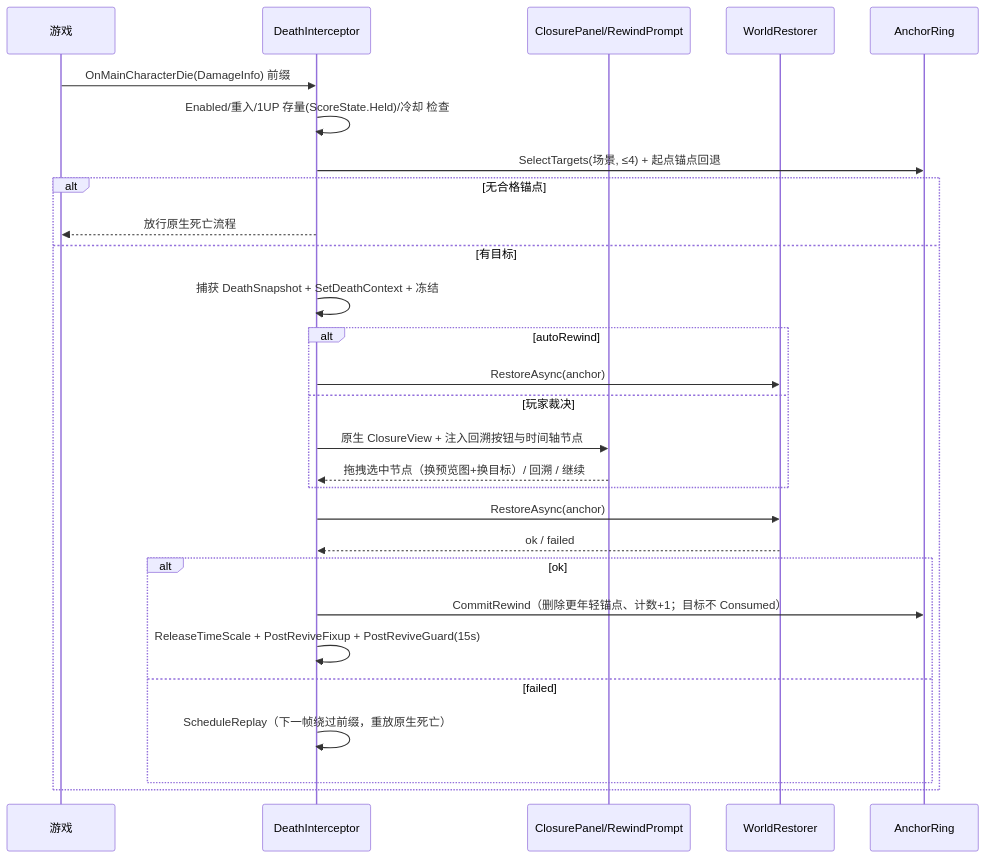
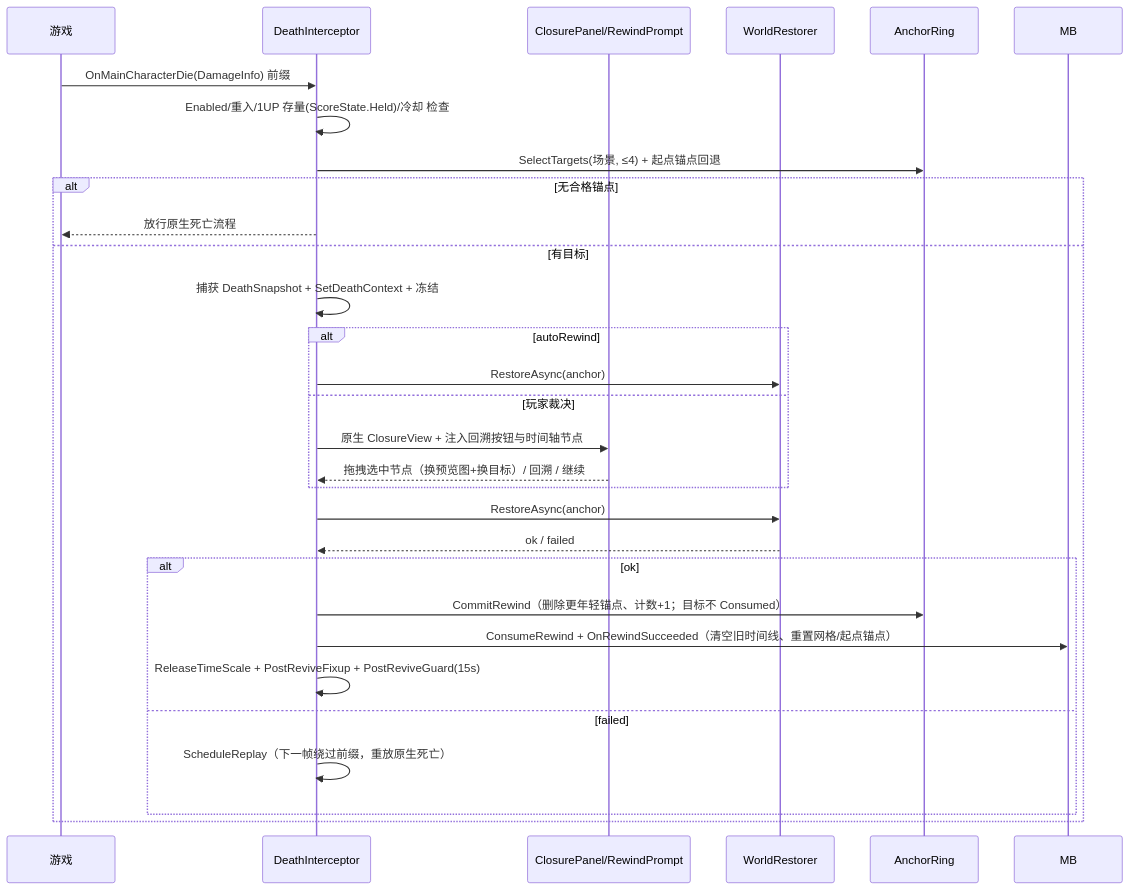
Before and after one commit to GadgetSheng/duckov-mod-death-rewind: the second of 2 diagrams in docs/CODE_MAP.md, drawn with Mermaid. The commit also changed other lines of this file and 8 other files, not shown here.

````diff
--- a/docs/CODE_MAP.md
+++ b/docs/CODE_MAP.md
@@ -185,31 +185,32 @@
 ```mermaid
 sequenceDiagram
   participant Game as 游戏
   participant DI as DeathInterceptor
   participant UI as ClosurePanel/RewindPrompt
   participant WR as WorldRestorer
   participant Ring as AnchorRing
 
   Game->>DI: OnMainCharacterDie(DamageInfo) 前缀
   DI->>DI: Enabled/重入/1UP 存量(ScoreState.Held)/冷却 检查
   DI->>Ring: SelectTargets(场景, ≤4) + 起点锚点回退
   alt 无合格锚点
     DI-->>Game: 放行原生死亡流程
   else 有目标
     DI->>DI: 捕获 DeathSnapshot + SetDeathContext + 冻结
     alt autoRewind
       DI->>WR: RestoreAsync(anchor)
     else 玩家裁决
       DI->>UI: 原生 ClosureView + 注入回溯按钮与时间轴节点
       UI-->>DI: 拖拽选中节点（换预览图+换目标）/ 回溯 / 继续
     end
     DI->>WR: RestoreAsync(anchor)
     WR-->>DI: ok / failed
     alt ok
       DI->>Ring: CommitRewind（删除更年轻锚点、计数+1；目标不 Consumed）
+      DI->>MB: ConsumeRewind + OnRewindSucceeded（清空旧时间线、重置网格/起点锚点）
       DI->>DI: ReleaseTimeScale + PostReviveFixup + PostReviveGuard(15s)
     else failed
       DI->>DI: ScheduleReplay（下一帧绕过前缀，重放原生死亡）
     end
   end
 ```
````
